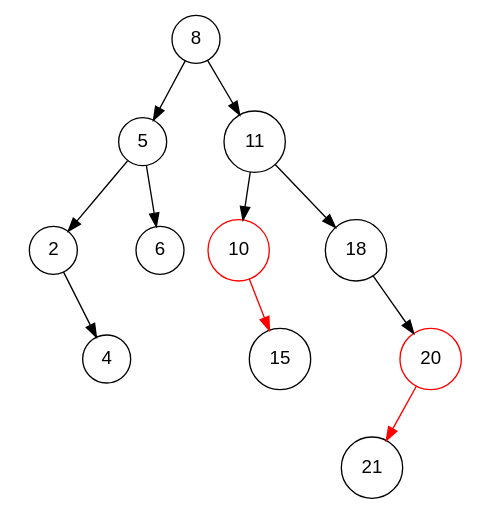
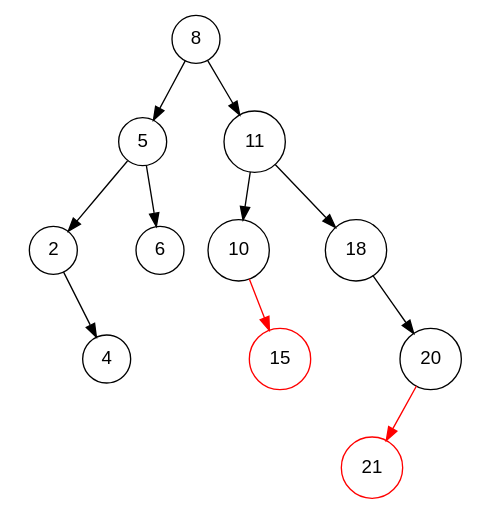
Before and after one commit to aaronbloomfield/pdr: the diagram in slides/graphs/bst-6.dot, drawn with Graphviz. The commit also changed 18 other files, not shown here.

```diff
--- a/slides/graphs/bst-6.dot
+++ b/slides/graphs/bst-6.dot
@@ -1,53 +1,54 @@
 digraph G {
 	graph [fontname = "Helvetica"];
 	node [fontname = "Helvetica",shape=circle];
 	edge [fontname = "Helvetica"];
 
 	8 -> 5;
 	m8 [label="", width=0.1, style=invis];
 	8 -> m8 [style=invis];
 	8 -> 11;
 	{rank=same 5 -> m8 -> 11 [style=invis]};
 
 	5 -> 2;
 	m5 [label="", width=0.1, style=invis];
 	5 -> m5 [style=invis];
 	5 -> 6;
 	{rank=same 2 -> m5 -> 6 [style=invis]};
 
 	l2 [label="", width=0.1, style=invis];
 	2 -> l2 [style=invis];
 	m2 [label="", width=0.1, style=invis];
 	2 -> m2 [style=invis];
 	2 -> 4;
 	{rank=same l2 -> m2 -> 4 [style=invis]};
 
-	10 [color=red];
+	10;
 	11 -> 10;
 	m11 [label="", width=0.1, style=invis];
 	11 -> m11 [style=invis];
 	11 -> 18;
 	{rank=same 10 -> m11 -> 18 [style=invis]};
 
 	l10 [label="", width=0.1, style=invis];
 	10 -> l10 [style=invis];
 	m10 [label="", width=0.1, style=invis];
 	10 -> m10 [style=invis];
+	15 [color=red];
 	10 -> 15 [color=red];
 	{rank=same l10 -> m10 -> 15 [style=invis]};
 
 	l18 [label="", width=0.1, style=invis];
 	18 -> l18 [style=invis];
 	m18 [label="", width=0.1, style=invis];
 	18 -> m18 [style=invis];
 	18 -> 20;
 	{rank=same l18 -> m18 -> 20 [style=invis]};
 
-	20 [color=red];
+	21 [color=red];
 	20 -> 21 [color=red];
 	m20 [label="", width=0.1, style=invis];
 	20 -> m20 [style=invis];
 	r20 [label="", width=0.1, style=invis];
 	20 -> r20 [style=invis];
 	{rank=same 21 -> m20 -> r20 [style=invis]};
 }
```
